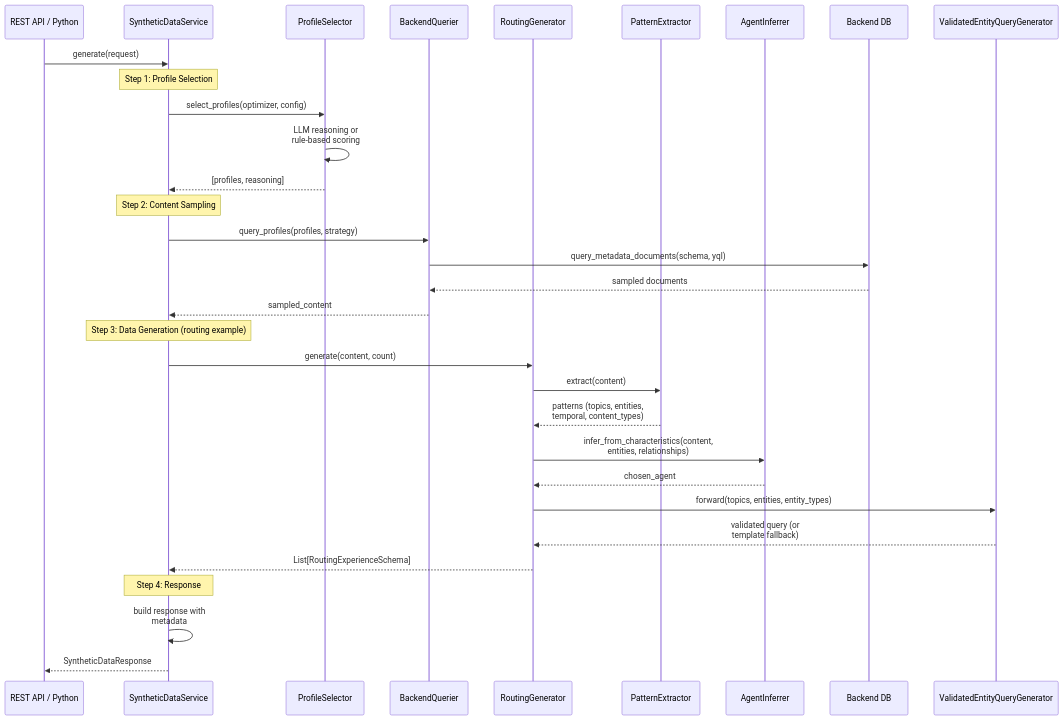
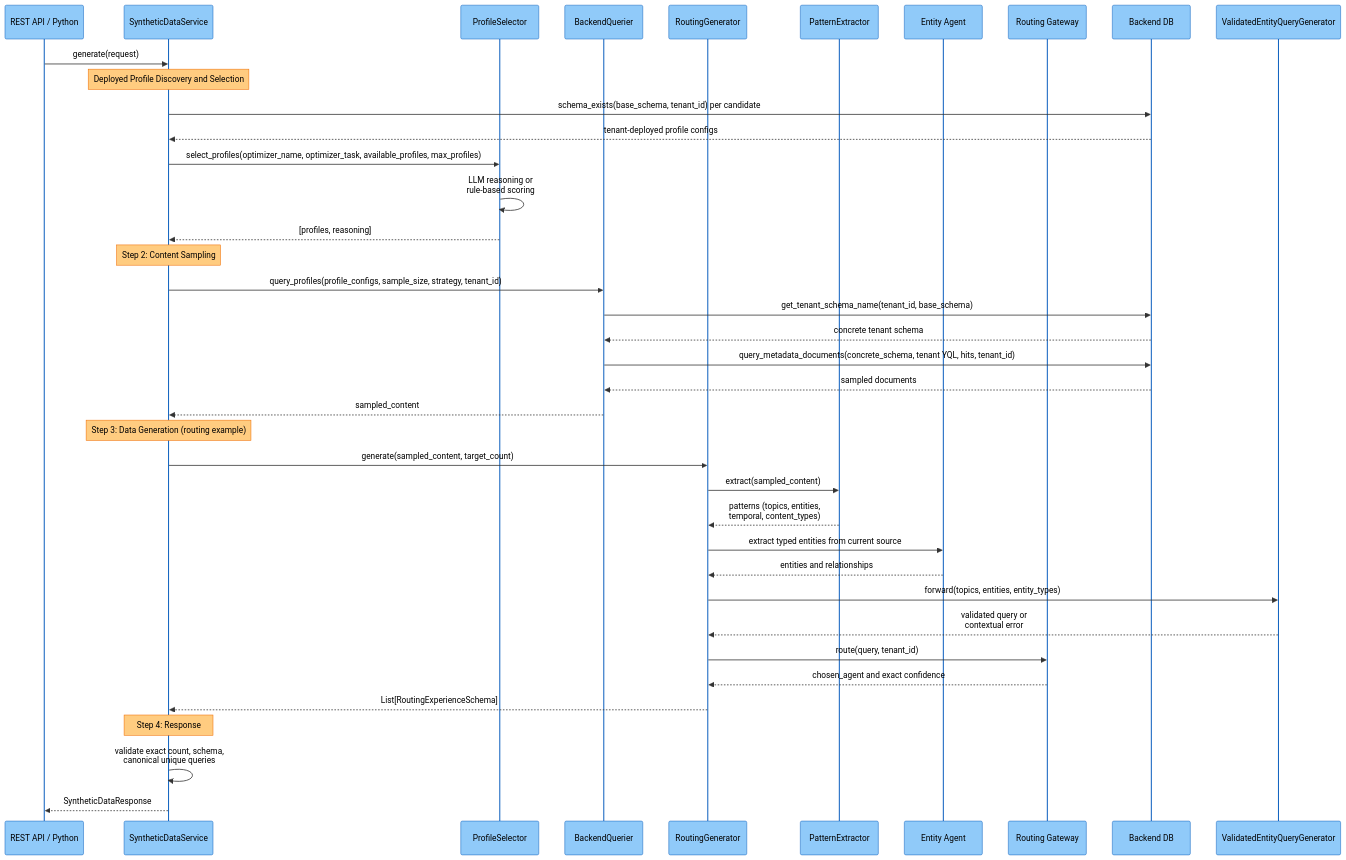
One commit to amit-jain/cogniverse changed the second of 2 diagrams in docs/synthetic-data-generation.md. Above: the diagram before and after it, drawn with Mermaid. The commit also changed other lines of this file and 11 other files, not shown here.

Commit message:
Require real backend and agent labelers in SyntheticDataService

````diff
--- a/docs/synthetic-data-generation.md
+++ b/docs/synthetic-data-generation.md
@@ -95,39 +109,47 @@
 ```mermaid
+%%{init: {"theme": "base", "themeVariables": {"actorBkg": "#90caf9", "actorBorder": "#1565c0", "actorTextColor": "#000000", "lineColor": "#546e7a", "noteBkgColor": "#ffcc80", "noteBorderColor": "#ef6c00", "noteTextColor": "#000000", "signalTextColor": "#000000"}}}%%
 sequenceDiagram
     participant API as REST API / Python
     participant Service as SyntheticDataService
     participant PS as ProfileSelector
     participant BQ as BackendQuerier
     participant Gen as RoutingGenerator
     participant PE as PatternExtractor
-    participant AI as AgentInferrer
+    participant Entity as Entity Agent
+    participant Gateway as Routing Gateway
     participant Backend as Backend DB
     participant DSPy as ValidatedEntityQueryGenerator
 
     API->>Service: generate(request)
 
-    Note over Service: Step 1: Profile Selection
-    Service->>PS: select_profiles(optimizer, config)
+    Note over Service: Deployed Profile Discovery and Selection
+    Service->>Backend: schema_exists(base_schema, tenant_id) per candidate
+    Backend-->>Service: tenant-deployed profile configs
+    Service->>PS: select_profiles(optimizer_name, optimizer_task, available_profiles, max_profiles)
     PS->>PS: LLM reasoning or<br/>rule-based scoring
     PS-->>Service: [profiles, reasoning]
 
     Note over Service: Step 2: Content Sampling
-    Service->>BQ: query_profiles(profiles, strategy)
-    BQ->>Backend: query_metadata_documents(schema, yql)
+    Service->>BQ: query_profiles(profile_configs, sample_size, strategy, tenant_id)
+    BQ->>Backend: get_tenant_schema_name(tenant_id, base_schema)
+    Backend-->>BQ: concrete tenant schema
+    BQ->>Backend: query_metadata_documents(concrete_schema, tenant YQL, hits, tenant_id)
     Backend-->>BQ: sampled documents
     BQ-->>Service: sampled_content
 
     Note over Service: Step 3: Data Generation (routing example)
-    Service->>Gen: generate(content, count)
-    Gen->>PE: extract(content)
+    Service->>Gen: generate(sampled_content, target_count)
+    Gen->>PE: extract(sampled_content)
     PE-->>Gen: patterns (topics, entities,<br/>temporal, content_types)
-    Gen->>AI: infer_from_characteristics(content,<br/>entities, relationships)
-    AI-->>Gen: chosen_agent
+    Gen->>Entity: extract typed entities from current source
+    Entity-->>Gen: entities and relationships
     Gen->>DSPy: forward(topics, entities, entity_types)
-    DSPy-->>Gen: validated query (or<br/>template fallback)
+    DSPy-->>Gen: validated query or<br/>contextual error
+    Gen->>Gateway: route(query, tenant_id)
+    Gateway-->>Gen: chosen_agent and exact confidence
     Gen-->>Service: List[RoutingExperienceSchema]
 
     Note over Service: Step 4: Response
-    Service->>Service: build response with<br/>metadata
+    Service->>Service: validate exact count, schema,<br/>canonical unique queries
     Service-->>API: SyntheticDataResponse
 ```
````
